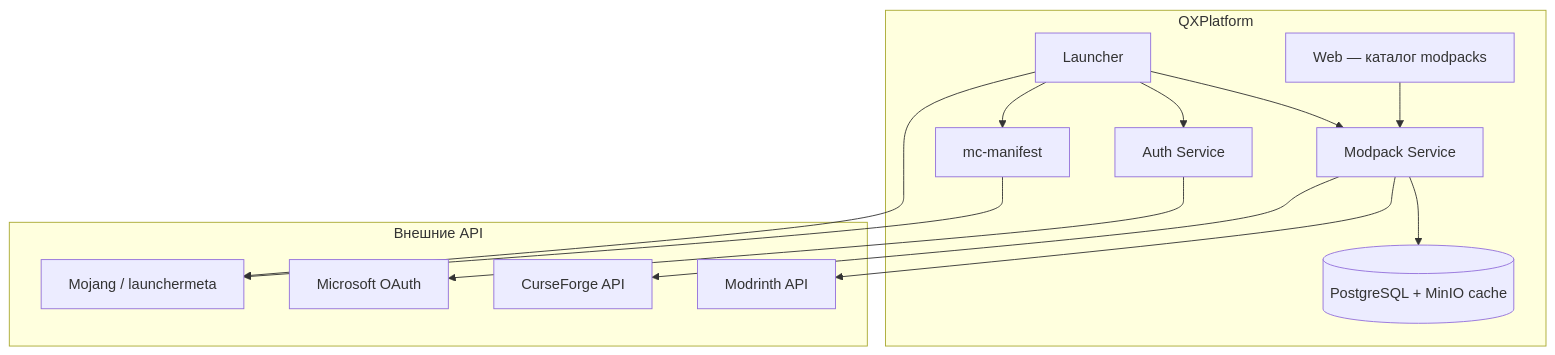
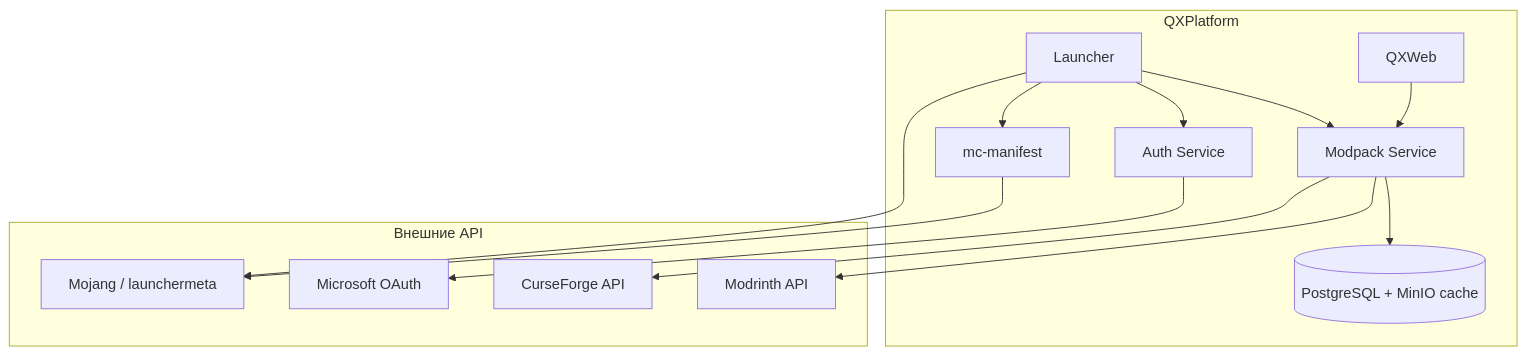
One commit to mindevis/qx-project changed the ninth of 16 diagrams in docs/architecture.md. Above: the diagram before and after it, drawn with Mermaid. The commit also changed other lines of this file and 14 other files, not shown here.

````diff
--- a/docs/architecture.md
+++ b/docs/architecture.md
@@ -652,30 +614,30 @@
 ```mermaid
 flowchart TB
     subgraph qx [QXPlatform]
-        Web[Web — каталог modpacks]
+        Web[QXWeb]
         Launcher[Launcher]
         Auth[Auth Service]
         ModpackSvc[Modpack Service]
         McMeta[mc-manifest]
         Cache[(PostgreSQL + MinIO cache)]
     end
 
     subgraph external [Внешние API]
         Mojang[Mojang / launchermeta]
         MS[Microsoft OAuth]
         CF[CurseForge API]
         MR[Modrinth API]
     end
 
     Web --> ModpackSvc
     Launcher --> ModpackSvc
     Launcher --> McMeta
     Launcher --> Auth
 
     Auth --> MS
     McMeta --> Mojang
     ModpackSvc --> CF
     ModpackSvc --> MR
     ModpackSvc --> Cache
     Launcher --> Mojang
 ```
````
